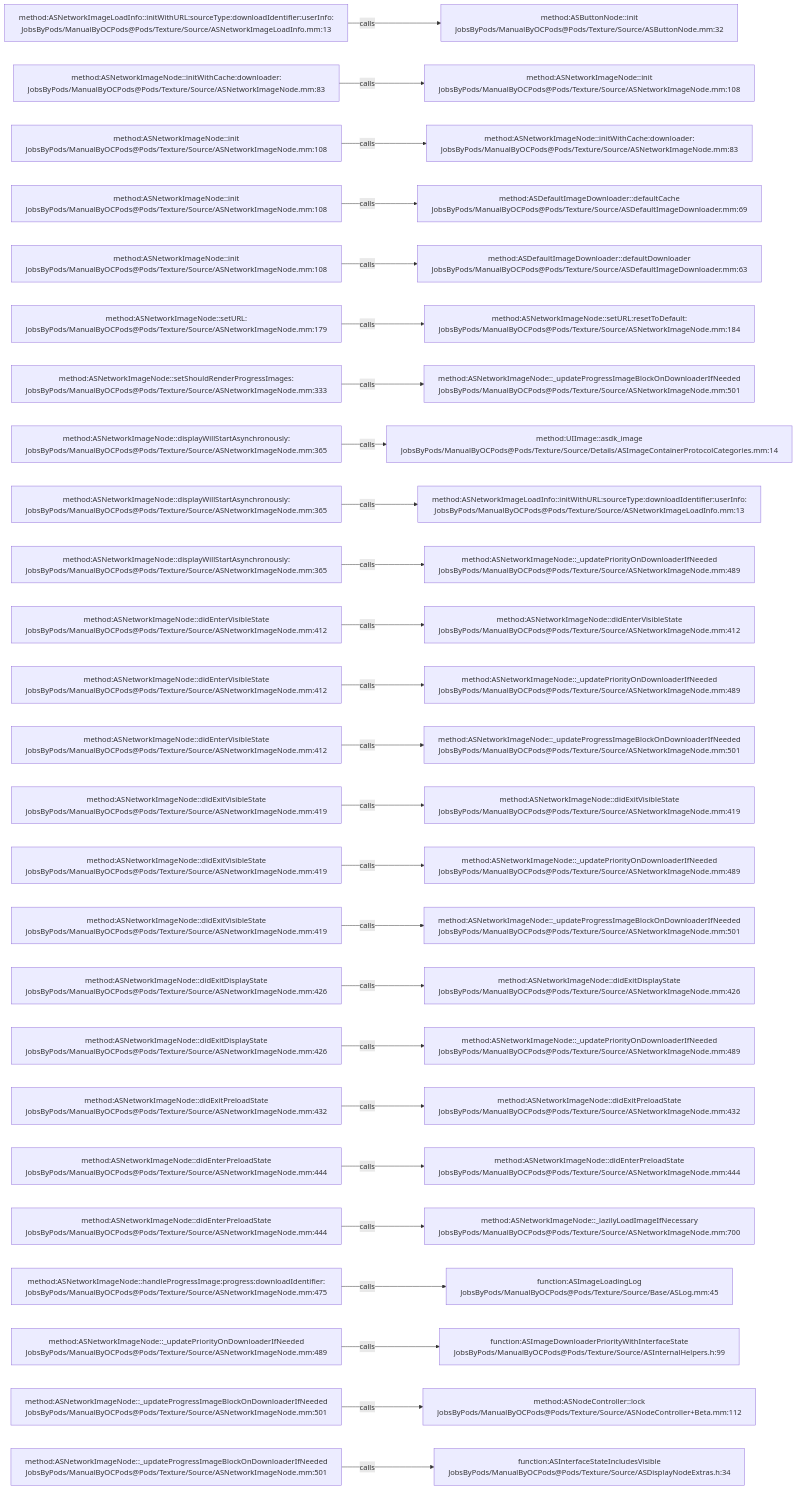
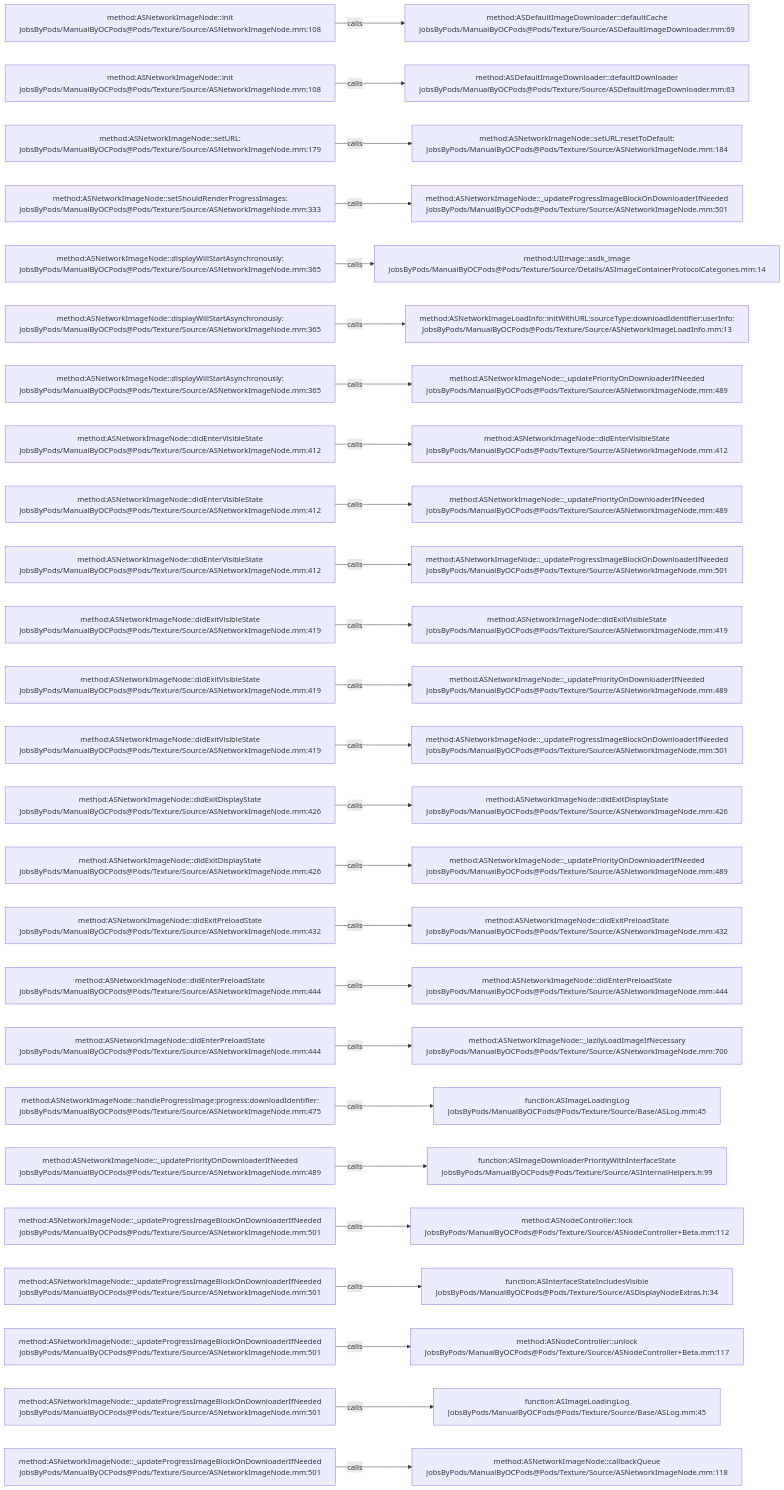
One commit to JobsKits/JobsOCBaseConfigDemo changed the diagram in .codegraph/codegraph.md/graphs/calls-119.md. Above: the diagram before and after it, drawn with Mermaid. The commit also changed 342 other files, not shown here.

````diff
--- a/.codegraph/codegraph.md/graphs/calls-119.md
+++ b/.codegraph/codegraph.md/graphs/calls-119.md
@@ -13,78 +13,78 @@
 ```mermaid
 flowchart LR
-  S1["method:ASNetworkImageLoadInfo::initWithURL:sourceType:downloadIdentifier:userInfo:<br/>JobsByPods/ManualByOCPods@Pods/Texture/Source/ASNetworkImageLoadInfo.mm:13"]
-  T1["method:ASButtonNode::init<br/>JobsByPods/ManualByOCPods@Pods/Texture/Source/ASButtonNode.mm:32"]
+  S1["method:ASNetworkImageNode::init<br/>JobsByPods/ManualByOCPods@Pods/Texture/Source/ASNetworkImageNode.mm:108"]
+  T1["method:ASDefaultImageDownloader::defaultCache<br/>JobsByPods/ManualByOCPods@Pods/Texture/Source/ASDefaultImageDownloader.mm:69"]
   S1 -->|calls| T1
-  S2["method:ASNetworkImageNode::initWithCache:downloader:<br/>JobsByPods/ManualByOCPods@Pods/Texture/Source/ASNetworkImageNode.mm:83"]
-  T2["method:ASNetworkImageNode::init<br/>JobsByPods/ManualByOCPods@Pods/Texture/Source/ASNetworkImageNode.mm:108"]
+  S2["method:ASNetworkImageNode::init<br/>JobsByPods/ManualByOCPods@Pods/Texture/Source/ASNetworkImageNode.mm:108"]
+  T2["method:ASDefaultImageDownloader::defaultDownloader<br/>JobsByPods/ManualByOCPods@Pods/Texture/Source/ASDefaultImageDownloader.mm:63"]
   S2 -->|calls| T2
-  S3["method:ASNetworkImageNode::init<br/>JobsByPods/ManualByOCPods@Pods/Texture/Source/ASNetworkImageNode.mm:108"]
-  T3["method:ASNetworkImageNode::initWithCache:downloader:<br/>JobsByPods/ManualByOCPods@Pods/Texture/Source/ASNetworkImageNode.mm:83"]
+  S3["method:ASNetworkImageNode::setURL:<br/>JobsByPods/ManualByOCPods@Pods/Texture/Source/ASNetworkImageNode.mm:179"]
+  T3["method:ASNetworkImageNode::setURL:resetToDefault:<br/>JobsByPods/ManualByOCPods@Pods/Texture/Source/ASNetworkImageNode.mm:184"]
   S3 -->|calls| T3
-  S4["method:ASNetworkImageNode::init<br/>JobsByPods/ManualByOCPods@Pods/Texture/Source/ASNetworkImageNode.mm:108"]
-  T4["method:ASDefaultImageDownloader::defaultCache<br/>JobsByPods/ManualByOCPods@Pods/Texture/Source/ASDefaultImageDownloader.mm:69"]
+  S4["method:ASNetworkImageNode::setShouldRenderProgressImages:<br/>JobsByPods/ManualByOCPods@Pods/Texture/Source/ASNetworkImageNode.mm:333"]
+  T4["method:ASNetworkImageNode::_updateProgressImageBlockOnDownloaderIfNeeded<br/>JobsByPods/ManualByOCPods@Pods/Texture/Source/ASNetworkImageNode.mm:501"]
   S4 -->|calls| T4
-  S5["method:ASNetworkImageNode::init<br/>JobsByPods/ManualByOCPods@Pods/Texture/Source/ASNetworkImageNode.mm:108"]
-  T5["method:ASDefaultImageDownloader::defaultDownloader<br/>JobsByPods/ManualByOCPods@Pods/Texture/Source/ASDefaultImageDownloader.mm:63"]
+  S5["method:ASNetworkImageNode::displayWillStartAsynchronously:<br/>JobsByPods/ManualByOCPods@Pods/Texture/Source/ASNetworkImageNode.mm:365"]
+  T5["method:UIImage::asdk_image<br/>JobsByPods/ManualByOCPods@Pods/Texture/Source/Details/ASImageContainerProtocolCategories.mm:14"]
   S5 -->|calls| T5
-  S6["method:ASNetworkImageNode::setURL:<br/>JobsByPods/ManualByOCPods@Pods/Texture/Source/ASNetworkImageNode.mm:179"]
-  T6["method:ASNetworkImageNode::setURL:resetToDefault:<br/>JobsByPods/ManualByOCPods@Pods/Texture/Source/ASNetworkImageNode.mm:184"]
+  S6["method:ASNetworkImageNode::displayWillStartAsynchronously:<br/>JobsByPods/ManualByOCPods@Pods/Texture/Source/ASNetworkImageNode.mm:365"]
+  T6["method:ASNetworkImageLoadInfo::initWithURL:sourceType:downloadIdentifier:userInfo:<br/>JobsByPods/ManualByOCPods@Pods/Texture/Source/ASNetworkImageLoadInfo.mm:13"]
   S6 -->|calls| T6
-  S7["method:ASNetworkImageNode::setShouldRenderProgressImages:<br/>JobsByPods/ManualByOCPods@Pods/Texture/Source/ASNetworkImageNode.mm:333"]
-  T7["method:ASNetworkImageNode::_updateProgressImageBlockOnDownloaderIfNeeded<br/>JobsByPods/ManualByOCPods@Pods/Texture/Source/ASNetworkImageNode.mm:501"]
+  S7["method:ASNetworkImageNode::displayWillStartAsynchronously:<br/>JobsByPods/ManualByOCPods@Pods/Texture/Source/ASNetworkImageNode.mm:365"]
+  T7["method:ASNetworkImageNode::_updatePriorityOnDownloaderIfNeeded<br/>JobsByPods/ManualByOCPods@Pods/Texture/Source/ASNetworkImageNode.mm:489"]
   S7 -->|calls| T7
-  S8["method:ASNetworkImageNode::displayWillStartAsynchronously:<br/>JobsByPods/ManualByOCPods@Pods/Texture/Source/ASNetworkImageNode.mm:365"]
-  T8["method:UIImage::asdk_image<br/>JobsByPods/ManualByOCPods@Pods/Texture/Source/Details/ASImageContainerProtocolCategories.mm:14"]
+  S8["method:ASNetworkImageNode::didEnterVisibleState<br/>JobsByPods/ManualByOCPods@Pods/Texture/Source/ASNetworkImageNode.mm:412"]
+  T8["method:ASNetworkImageNode::didEnterVisibleState<br/>JobsByPods/ManualByOCPods@Pods/Texture/Source/ASNetworkImageNode.mm:412"]
   S8 -->|calls| T8
-  S9["method:ASNetworkImageNode::displayWillStartAsynchronously:<br/>JobsByPods/ManualByOCPods@Pods/Texture/Source/ASNetworkImageNode.mm:365"]
-  T9["method:ASNetworkImageLoadInfo::initWithURL:sourceType:downloadIdentifier:userInfo:<br/>JobsByPods/ManualByOCPods@Pods/Texture/Source/ASNetworkImageLoadInfo.mm:13"]
+  S9["method:ASNetworkImageNode::didEnterVisibleState<br/>JobsByPods/ManualByOCPods@Pods/Texture/Source/ASNetworkImageNode.mm:412"]
+  T9["method:ASNetworkImageNode::_updatePriorityOnDownloaderIfNeeded<br/>JobsByPods/ManualByOCPods@Pods/Texture/Source/ASNetworkImageNode.mm:489"]
   S9 -->|calls| T9
-  S10["method:ASNetworkImageNode::displayWillStartAsynchronously:<br/>JobsByPods/ManualByOCPods@Pods/Texture/Source/ASNetworkImageNode.mm:365"]
-  T10["method:ASNetworkImageNode::_updatePriorityOnDownloaderIfNeeded<br/>JobsByPods/ManualByOCPods@Pods/Texture/Source/ASNetworkImageNode.mm:489"]
+  S10["method:ASNetworkImageNode::didEnterVisibleState<br/>JobsByPods/ManualByOCPods@Pods/Texture/Source/ASNetworkImageNode.mm:412"]
+  T10["method:ASNetworkImageNode::_updateProgressImageBlockOnDownloaderIfNeeded<br/>JobsByPods/ManualByOCPods@Pods/Texture/Source/ASNetworkImageNode.mm:501"]
   S10 -->|calls| T10
-  S11["method:ASNetworkImageNode::didEnterVisibleState<br/>JobsByPods/ManualByOCPods@Pods/Texture/Source/ASNetworkImageNode.mm:412"]
-  T11["method:ASNetworkImageNode::didEnterVisibleState<br/>JobsByPods/ManualByOCPods@Pods/Texture/Source/ASNetworkImageNode.mm:412"]
+  S11["method:ASNetworkImageNode::didExitVisibleState<br/>JobsByPods/ManualByOCPods@Pods/Texture/Source/ASNetworkImageNode.mm:419"]
+  T11["method:ASNetworkImageNode::didExitVisibleState<br/>JobsByPods/ManualByOCPods@Pods/Texture/Source/ASNetworkImageNode.mm:419"]
   S11 -->|calls| T11
-  S12["method:ASNetworkImageNode::didEnterVisibleState<br/>JobsByPods/ManualByOCPods@Pods/Texture/Source/ASNetworkImageNode.mm:412"]
+  S12["method:ASNetworkImageNode::didExitVisibleState<br/>JobsByPods/ManualByOCPods@Pods/Texture/Source/ASNetworkImageNode.mm:419"]
   T12["method:ASNetworkImageNode::_updatePriorityOnDownloaderIfNeeded<br/>JobsByPods/ManualByOCPods@Pods/Texture/Source/ASNetworkImageNode.mm:489"]
   S12 -->|calls| T12
-  S13["method:ASNetworkImageNode::didEnterVisibleState<br/>JobsByPods/ManualByOCPods@Pods/Texture/Source/ASNetworkImageNode.mm:412"]
+  S13["method:ASNetworkImageNode::didExitVisibleState<br/>JobsByPods/ManualByOCPods@Pods/Texture/Source/ASNetworkImageNode.mm:419"]
   T13["method:ASNetworkImageNode::_updateProgressImageBlockOnDownloaderIfNeeded<br/>JobsByPods/ManualByOCPods@Pods/Texture/Source/ASNetworkImageNode.mm:501"]
   S13 -->|calls| T13
-  S14["method:ASNetworkImageNode::didExitVisibleState<br/>JobsByPods/ManualByOCPods@Pods/Texture/Source/ASNetworkImageNode.mm:419"]
-  T14["method:ASNetworkImageNode::didExitVisibleState<br/>JobsByPods/ManualByOCPods@Pods/Texture/Source/ASNetworkImageNode.mm:419"]
+  S14["method:ASNetworkImageNode::didExitDisplayState<br/>JobsByPods/ManualByOCPods@Pods/Texture/Source/ASNetworkImageNode.mm:426"]
+  T14["method:ASNetworkImageNode::didExitDisplayState<br/>JobsByPods/ManualByOCPods@Pods/Texture/Source/ASNetworkImageNode.mm:426"]
   S14 -->|calls| T14
-  S15["method:ASNetworkImageNode::didExitVisibleState<br/>JobsByPods/ManualByOCPods@Pods/Texture/Source/ASNetworkImageNode.mm:419"]
+  S15["method:ASNetworkImageNode::didExitDisplayState<br/>JobsByPods/ManualByOCPods@Pods/Texture/Source/ASNetworkImageNode.mm:426"]
   T15["method:ASNetworkImageNode::_updatePriorityOnDownloaderIfNeeded<br/>JobsByPods/ManualByOCPods@Pods/Texture/Source/ASNetworkImageNode.mm:489"]
   S15 -->|calls| T15
-  S16["method:ASNetworkImageNode::didExitVisibleState<br/>JobsByPods/ManualByOCPods@Pods/Texture/Source/ASNetworkImageNode.mm:419"]
-  T16["method:ASNetworkImageNode::_updateProgressImageBlockOnDownloaderIfNeeded<br/>JobsByPods/ManualByOCPods@Pods/Texture/Source/ASNetworkImageNode.mm:501"]
+  S16["method:ASNetworkImageNode::didExitPreloadState<br/>JobsByPods/ManualByOCPods@Pods/Texture/Source/ASNetworkImageNode.mm:432"]
+  T16["method:ASNetworkImageNode::didExitPreloadState<br/>JobsByPods/ManualByOCPods@Pods/Texture/Source/ASNetworkImageNode.mm:432"]
   S16 -->|calls| T16
-  S17["method:ASNetworkImageNode::didExitDisplayState<br/>JobsByPods/ManualByOCPods@Pods/Texture/Source/ASNetworkImageNode.mm:426"]
-  T17["method:ASNetworkImageNode::didExitDisplayState<br/>JobsByPods/ManualByOCPods@Pods/Texture/Source/ASNetworkImageNode.mm:426"]
+  S17["method:ASNetworkImageNode::didEnterPreloadState<br/>JobsByPods/ManualByOCPods@Pods/Texture/Source/ASNetworkImageNode.mm:444"]
+  T17["method:ASNetworkImageNode::didEnterPreloadState<br/>JobsByPods/ManualByOCPods@Pods/Texture/Source/ASNetworkImageNode.mm:444"]
   S17 -->|calls| T17
-  S18["method:ASNetworkImageNode::didExitDisplayState<br/>JobsByPods/ManualByOCPods@Pods/Texture/Source/ASNetworkImageNode.mm:426"]
-  T18["method:ASNetworkImageNode::_updatePriorityOnDownloaderIfNeeded<br/>JobsByPods/ManualByOCPods@Pods/Texture/Source/ASNetworkImageNode.mm:489"]
+  S18["method:ASNetworkImageNode::didEnterPreloadState<br/>JobsByPods/ManualByOCPods@Pods/Texture/Source/ASNetworkImageNode.mm:444"]
+  T18["method:ASNetworkImageNode::_lazilyLoadImageIfNecessary<br/>JobsByPods/ManualByOCPods@Pods/Texture/Source/ASNetworkImageNode.mm:700"]
   S18 -->|calls| T18
-  S19["method:ASNetworkImageNode::didExitPreloadState<br/>JobsByPods/ManualByOCPods@Pods/Texture/Source/ASNetworkImageNode.mm:432"]
-  T19["method:ASNetworkImageNode::didExitPreloadState<br/>JobsByPods/ManualByOCPods@Pods/Texture/Source/ASNetworkImageNode.mm:432"]
+  S19["method:ASNetworkImageNode::handleProgressImage:progress:downloadIdentifier:<br/>JobsByPods/ManualByOCPods@Pods/Texture/Source/ASNetworkImageNode.mm:475"]
+  T19["function:ASImageLoadingLog<br/>JobsByPods/ManualByOCPods@Pods/Texture/Source/Base/ASLog.mm:45"]
   S19 -->|calls| T19
-  S20["method:ASNetworkImageNode::didEnterPreloadState<br/>JobsByPods/ManualByOCPods@Pods/Texture/Source/ASNetworkImageNode.mm:444"]
-  T20["method:ASNetworkImageNode::didEnterPreloadState<br/>JobsByPods/ManualByOCPods@Pods/Texture/Source/ASNetworkImageNode.mm:444"]
+  S20["method:ASNetworkImageNode::_updatePriorityOnDownloaderIfNeeded<br/>JobsByPods/ManualByOCPods@Pods/Texture/Source/ASNetworkImageNode.mm:489"]
+  T20["function:ASImageDownloaderPriorityWithInterfaceState<br/>JobsByPods/ManualByOCPods@Pods/Texture/Source/ASInternalHelpers.h:99"]
   S20 -->|calls| T20
-  S21["method:ASNetworkImageNode::didEnterPreloadState<br/>JobsByPods/ManualByOCPods@Pods/Texture/Source/ASNetworkImageNode.mm:444"]
-  T21["method:ASNetworkImageNode::_lazilyLoadImageIfNecessary<br/>JobsByPods/ManualByOCPods@Pods/Texture/Source/ASNetworkImageNode.mm:700"]
+  S21["method:ASNetworkImageNode::_updateProgressImageBlockOnDownloaderIfNeeded<br/>JobsByPods/ManualByOCPods@Pods/Texture/Source/ASNetworkImageNode.mm:501"]
+  T21["method:ASNodeController::lock<br/>JobsByPods/ManualByOCPods@Pods/Texture/Source/ASNodeController+Beta.mm:112"]
   S21 -->|calls| T21
-  S22["method:ASNetworkImageNode::handleProgressImage:progress:downloadIdentifier:<br/>JobsByPods/ManualByOCPods@Pods/Texture/Source/ASNetworkImageNode.mm:475"]
-  T22["function:ASImageLoadingLog<br/>JobsByPods/ManualByOCPods@Pods/Texture/Source/Base/ASLog.mm:45"]
+  S22["method:ASNetworkImageNode::_updateProgressImageBlockOnDownloaderIfNeeded<br/>JobsByPods/ManualByOCPods@Pods/Texture/Source/ASNetworkImageNode.mm:501"]
+  T22["function:ASInterfaceStateIncludesVisible<br/>JobsByPods/ManualByOCPods@Pods/Texture/Source/ASDisplayNodeExtras.h:34"]
   S22 -->|calls| T22
-  S23["method:ASNetworkImageNode::_updatePriorityOnDownloaderIfNeeded<br/>JobsByPods/ManualByOCPods@Pods/Texture/Source/ASNetworkImageNode.mm:489"]
-  T23["function:ASImageDownloaderPriorityWithInterfaceState<br/>JobsByPods/ManualByOCPods@Pods/Texture/Source/ASInternalHelpers.h:99"]
+  S23["method:ASNetworkImageNode::_updateProgressImageBlockOnDownloaderIfNeeded<br/>JobsByPods/ManualByOCPods@Pods/Texture/Source/ASNetworkImageNode.mm:501"]
+  T23["method:ASNodeController::unlock<br/>JobsByPods/ManualByOCPods@Pods/Texture/Source/ASNodeController+Beta.mm:117"]
   S23 -->|calls| T23
   S24["method:ASNetworkImageNode::_updateProgressImageBlockOnDownloaderIfNeeded<br/>JobsByPods/ManualByOCPods@Pods/Texture/Source/ASNetworkImageNode.mm:501"]
-  T24["method:ASNodeController::lock<br/>JobsByPods/ManualByOCPods@Pods/Texture/Source/ASNodeController+Beta.mm:112"]
+  T24["function:ASImageLoadingLog<br/>JobsByPods/ManualByOCPods@Pods/Texture/Source/Base/ASLog.mm:45"]
   S24 -->|calls| T24
   S25["method:ASNetworkImageNode::_updateProgressImageBlockOnDownloaderIfNeeded<br/>JobsByPods/ManualByOCPods@Pods/Texture/Source/ASNetworkImageNode.mm:501"]
-  T25["function:ASInterfaceStateIncludesVisible<br/>JobsByPods/ManualByOCPods@Pods/Texture/Source/ASDisplayNodeExtras.h:34"]
+  T25["method:ASNetworkImageNode::callbackQueue<br/>JobsByPods/ManualByOCPods@Pods/Texture/Source/ASNetworkImageNode.mm:118"]
   S25 -->|calls| T25
 ```
````
